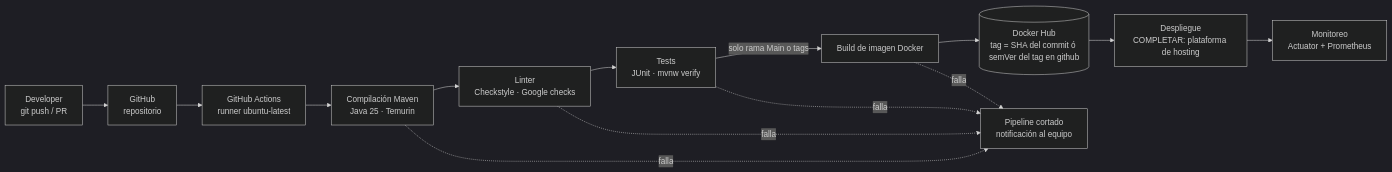
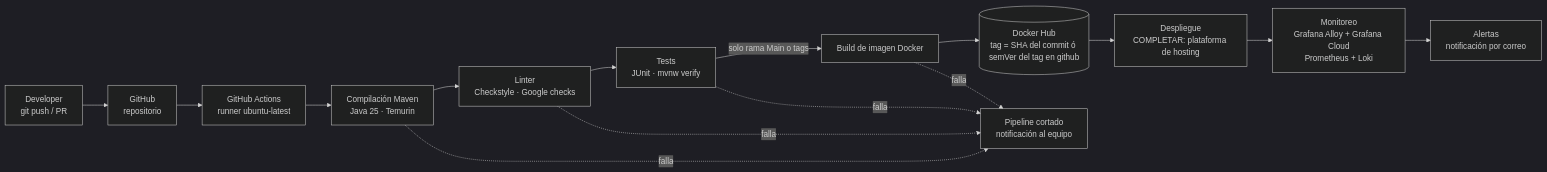
Before and after one commit to Devops-G5/tp-devops: the diagram in docs/informe_tecnico.md, drawn with Mermaid (dark theme). The commit also changed other lines of this file, not shown here.

````diff
--- a/docs/informe_tecnico.md
+++ b/docs/informe_tecnico.md
@@ -25,17 +25,17 @@
 ```mermaid
 flowchart LR
     A[Developer<br/>git push / PR] --> B[GitHub<br/>repositorio]
     B --> C[GitHub Actions<br/>runner ubuntu-latest]
     C --> D[Compilación Maven<br/>Java 25 · Temurin]
     D --> E[Linter<br/>Checkstyle · Google checks]
     E --> F[Tests<br/>JUnit · mvnw verify]
     F -->|solo rama Main o tags| G[Build de imagen Docker]
     G --> H[(Docker Hub<br/>tag = SHA del commit ó semVer del tag en github)]
     H --> I[Despliegue<br/>COMPLETAR: plataforma de hosting]
-    I --> J[Monitoreo<br/>Actuator + Prometheus]
-
+  I --> J[Monitoreo<br/>Grafana Alloy + Grafana Cloud<br/>Prometheus + Loki]
+  J --> K[Alertas<br/>notificación por correo]
     D -. falla .-> X[Pipeline cortado<br/>notificación al equipo]
     E -. falla .-> X
     F -. falla .-> X
     G -. falla .-> X
 ```
````
